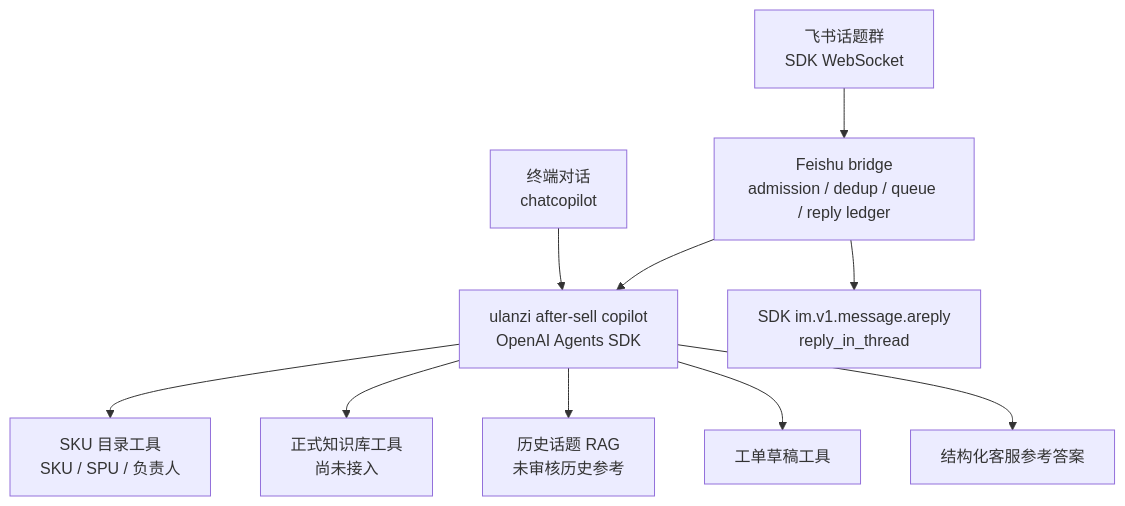
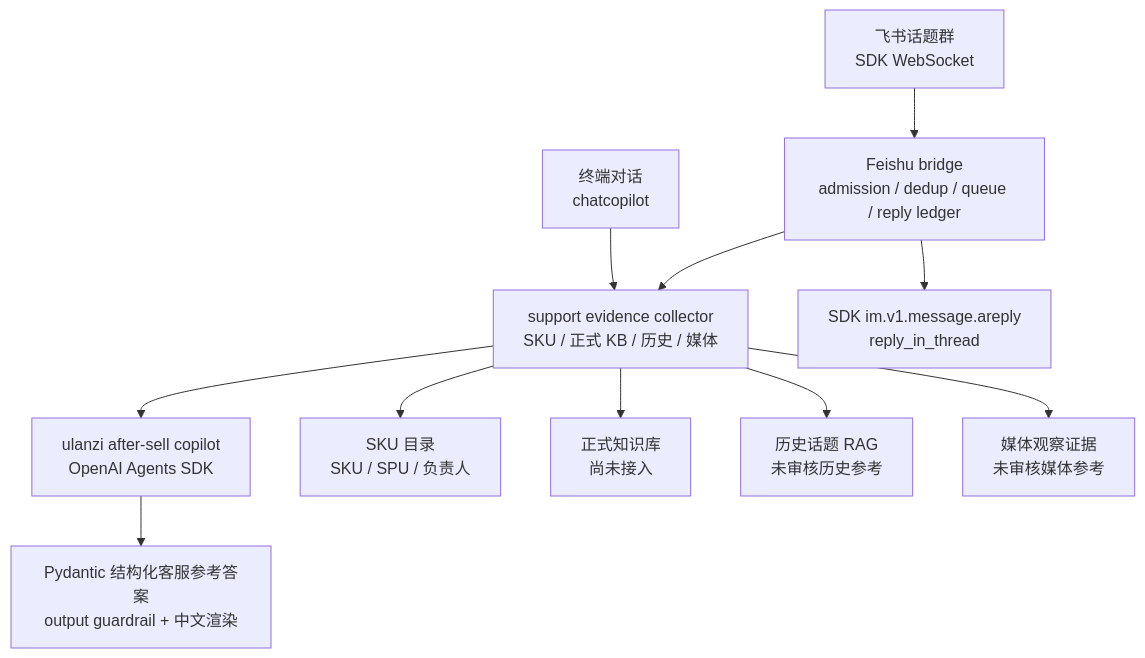
Before and after one commit to ccchenhuohuo/after-sale-ai-agent: the diagram in README.md, drawn with Mermaid. The commit also changed other lines of this file and 15 other files, not shown here.

Commit message:
feat: add evidence-first support agent loop

````diff
--- a/README.md
+++ b/README.md
@@ -9,12 +9,14 @@
 ```mermaid
 flowchart TB
-    cli["终端对话<br/>chatcopilot"] --> agent["ulanzi after-sell copilot<br/>OpenAI Agents SDK"]
+    cli["终端对话<br/>chatcopilot"]
     feishu["飞书话题群<br/>SDK WebSocket"] --> bridge["Feishu bridge<br/>admission / dedup / queue / reply ledger"]
-    bridge --> agent
+    cli --> evidence["support evidence collector<br/>SKU / 正式 KB / 历史 / 媒体"]
+    bridge --> evidence
+    evidence --> agent["ulanzi after-sell copilot<br/>OpenAI Agents SDK"]
     bridge --> reply["SDK im.v1.message.areply<br/>reply_in_thread"]
-    agent --> sku["SKU 目录工具<br/>SKU / SPU / 负责人"]
-    agent --> official["正式知识库工具<br/>尚未接入"]
-    agent --> history["历史话题 RAG<br/>未审核历史参考"]
-    agent --> ticket["工单草稿工具"]
-    agent --> answer["结构化客服参考答案"]
+    evidence --> sku["SKU 目录<br/>SKU / SPU / 负责人"]
+    evidence --> official["正式知识库<br/>尚未接入"]
+    evidence --> history["历史话题 RAG<br/>未审核历史参考"]
+    evidence --> media["媒体观察证据<br/>未审核媒体参考"]
+    agent --> answer["Pydantic 结构化客服参考答案<br/>output guardrail + 中文渲染"]
 ```
````
